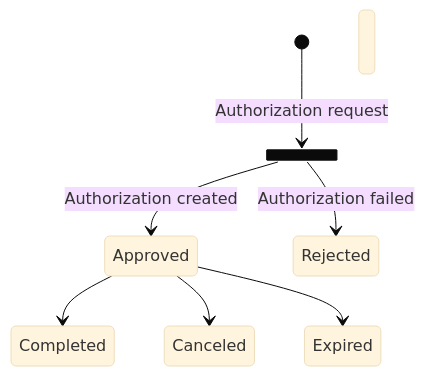
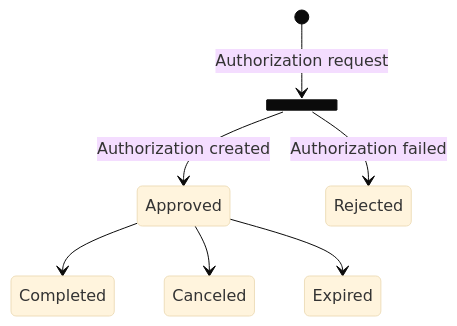
One commit to pomme-clic/s-money-documentation changed the first of 3 diagrams in docs/usecases/cards/operations/CardsOperations.md. Above: the diagram before and after it, drawn with Mermaid (base theme). The commit also changed other lines of this file, not shown here.

````diff
--- a/docs/usecases/cards/operations/CardsOperations.md
+++ b/docs/usecases/cards/operations/CardsOperations.md
@@ -12,13 +12,10 @@
 ```mermaid
 stateDiagram-v2
  state fork_state <<fork>>
       [*] --> fork_state: Authorization request
       fork_state --> Approved: Authorization created
       fork_state --> Rejected: Authorization failed
     Approved --> Completed
     Approved --> Canceled 
     Approved--> Expired
-
-<br/><br/>
-
 ```
````
